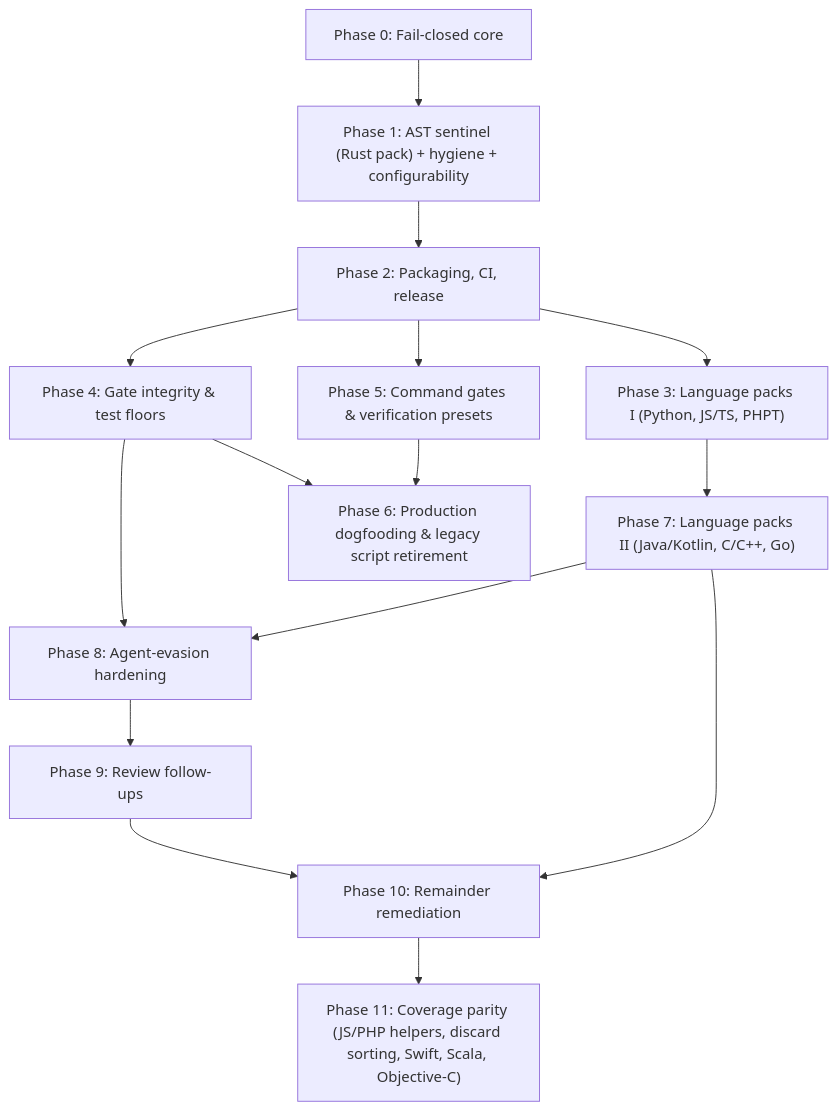
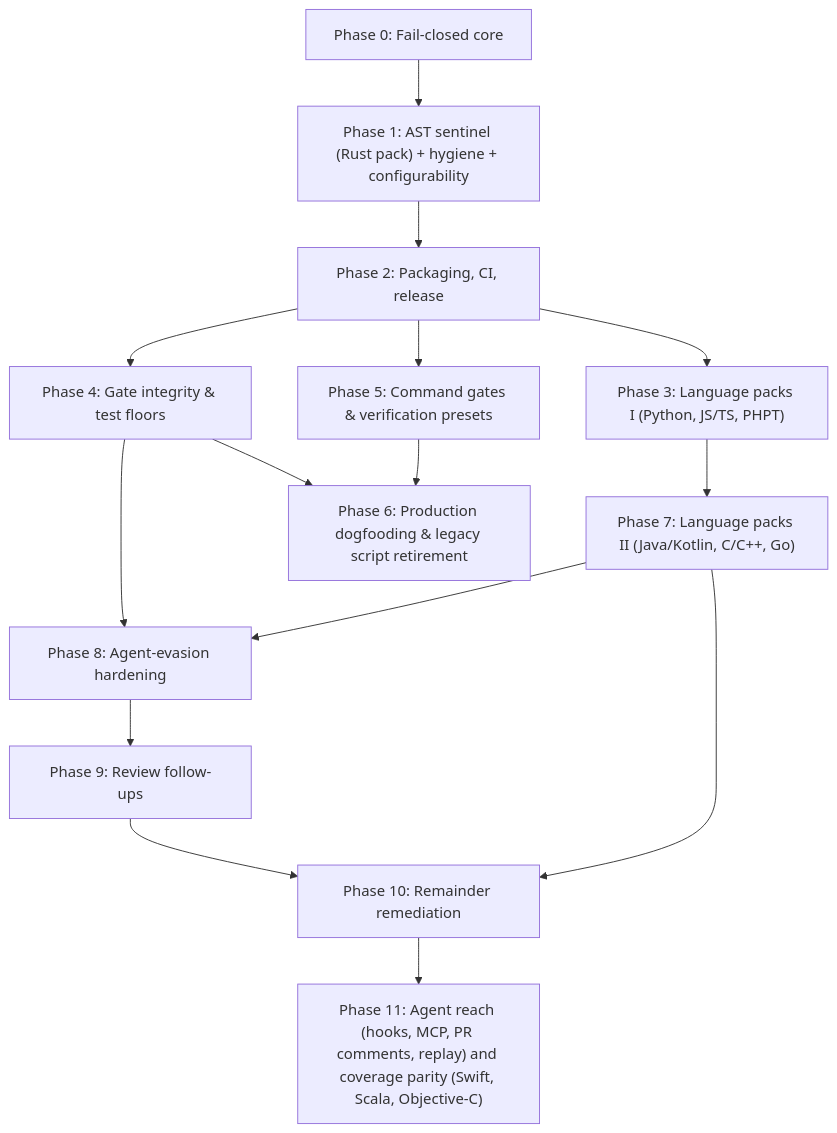
Before and after one commit to actions-marketplace-validations/orieg_discipline: the diagram in docs/ROADMAP.md, drawn with Mermaid. The commit also changed other lines of this file, not shown here.

First line of the commit message:
docs(roadmap): Phase 11 adds the agent loop, PR comments, replay, explain, distribution and a benchmark (#156)

````diff
--- a/docs/ROADMAP.md
+++ b/docs/ROADMAP.md
@@ -17,17 +17,17 @@
 ```mermaid
 flowchart TD
     P0["Phase 0: Fail-closed core"] --> P1["Phase 1: AST sentinel (Rust pack) + hygiene + configurability"]
     P1 --> P2["Phase 2: Packaging, CI, release"]
     P2 --> P3["Phase 3: Language packs I (Python, JS/TS, PHPT)"]
     P2 --> P4["Phase 4: Gate integrity & test floors"]
     P2 --> P5["Phase 5: Command gates & verification presets"]
     P3 --> P7["Phase 7: Language packs II (Java/Kotlin, C/C++, Go)"]
     P4 --> P6["Phase 6: Production dogfooding & legacy script retirement"]
     P5 --> P6
     P4 --> P8["Phase 8: Agent-evasion hardening"]
     P8 --> P9["Phase 9: Review follow-ups"]
     P9 --> P10["Phase 10: Remainder remediation"]
     P7 --> P10
-    P10 --> P11["Phase 11: Coverage parity (JS/PHP helpers, discard sorting, Swift, Scala, Objective-C)"]
+    P10 --> P11["Phase 11: Agent reach (hooks, MCP, PR comments, replay) and coverage parity (Swift, Scala, Objective-C)"]
     P7 --> P8
 ```
````
